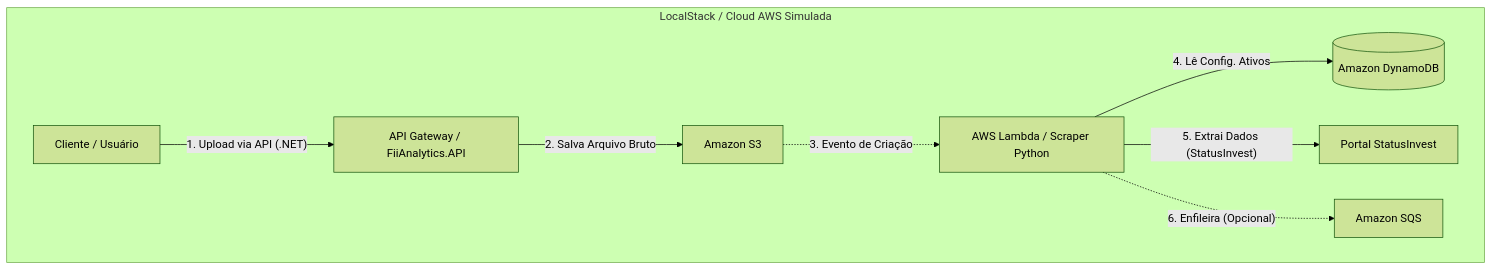
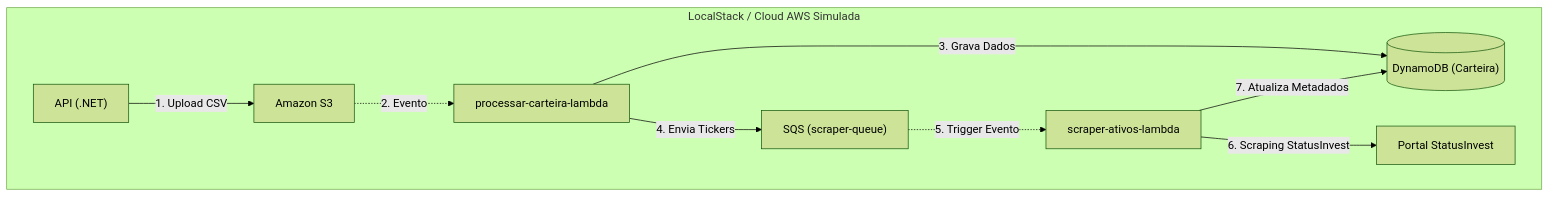
One commit to JTBCode86/fii-analytics-engine changed the diagram in README.md. Above: the diagram before and after it, drawn with Mermaid (forest theme).

Commit message:
Atualização do arquivo README.md.

````diff
--- a/README.md
+++ b/README.md
@@ -14,11 +14,12 @@
 ```mermaid
 graph TD
     subgraph LocalStack ["LocalStack / Cloud AWS Simulada"]
-        A["Cliente / Usuário"] -->|"1. Upload via API (.NET)"| B["API Gateway / FiiAnalytics.API"]
-        B -->|"2. Salva Arquivo Bruto"| C["Amazon S3"]
-        C -.->|"3. Evento de Criação"| D["AWS Lambda / Scraper Python"]
-        D -->|"4. Lê Config. Ativos"| E[("Amazon DynamoDB")]
-        D -->|"5. Extrai Dados (StatusInvest)"| F["Portal StatusInvest"]
-        D -.->|"6. Enfileira (Opcional)"| G["Amazon SQS"]
+        A["API (.NET)"] -->|"1. Upload CSV"| B["Amazon S3"]
+        B -.->|"2. Evento"| C["processar-carteira-lambda"]
+        C -->|"3. Grava Dados"| D[("DynamoDB (Carteira)")]
+        C -->|"4. Envia Tickers"| E["SQS (scraper-queue)"]
+        E -.->|"5. Trigger Evento"| F["scraper-ativos-lambda"]
+        F -->|"6. Scraping StatusInvest"| G["Portal StatusInvest"]
+        F -->|"7. Atualiza Metadados"| D
     end
 ```
````
